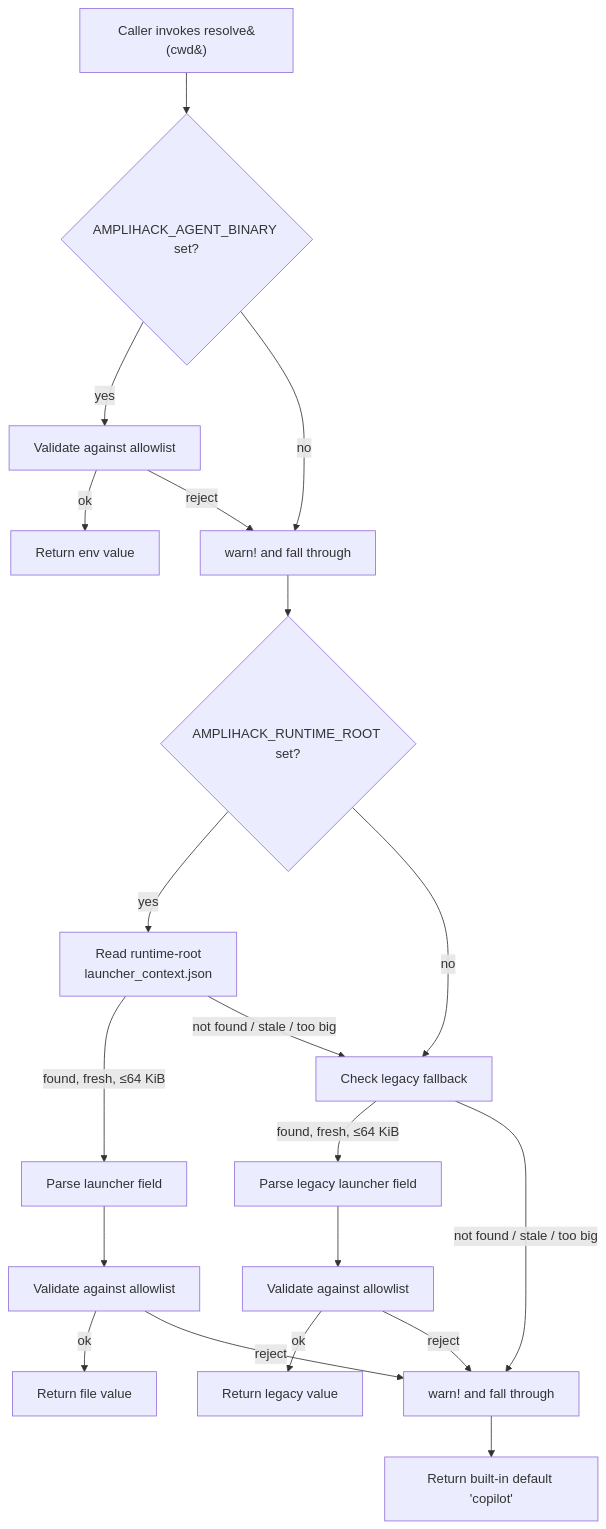
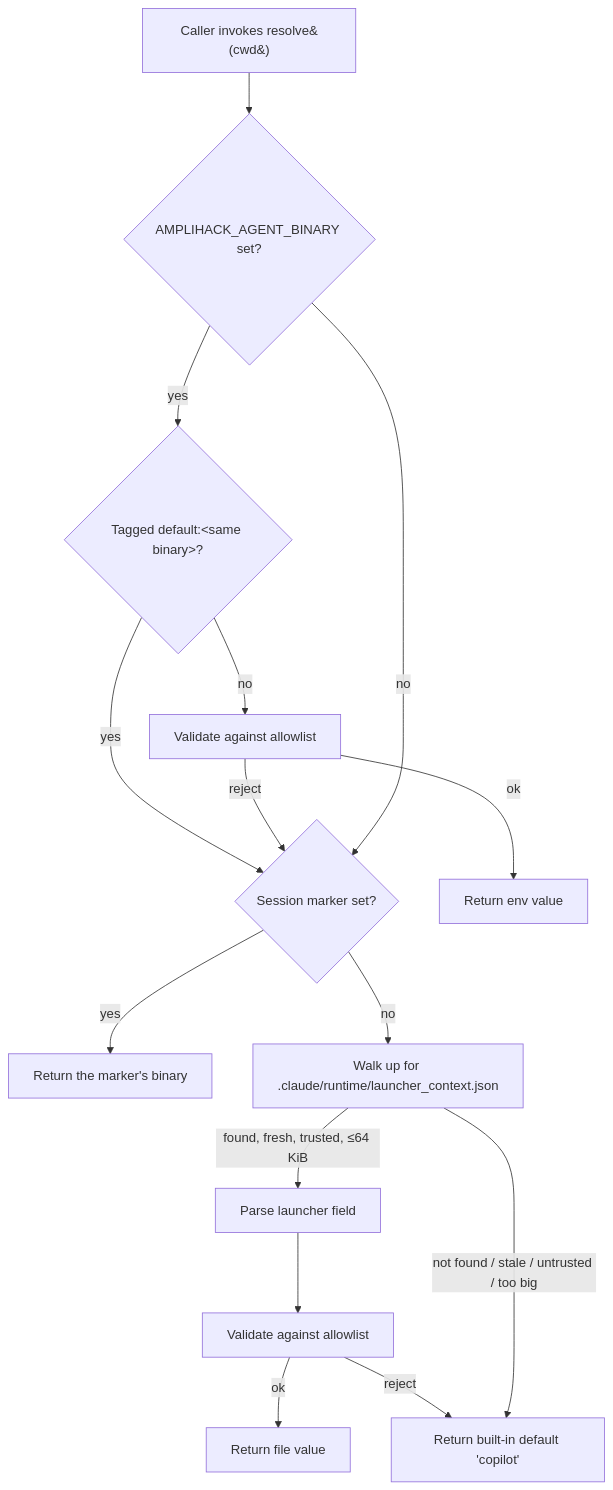
One commit to rysweet/amplihack-rs changed the first of 2 diagrams in docs/concepts/agent-binary-routing.md. Above: the diagram before and after it, drawn with Mermaid. The commit also changed other lines of this file and 6 other files, not shown here.

````diff
--- a/docs/concepts/agent-binary-routing.md
+++ b/docs/concepts/agent-binary-routing.md
@@ -50,22 +54,17 @@
 ```mermaid
 flowchart TD
     A[Caller invokes resolve&#40;cwd&#41;] --> B{AMPLIHACK_AGENT_BINARY set?}
-    B -- yes --> V1[Validate against allowlist]
+    B -- yes --> T{Tagged default:&lt;same binary&gt;?}
+    T -- yes --> M
+    T -- no --> V1[Validate against allowlist]
     V1 -- ok --> R1[Return env value]
-    V1 -- reject --> W1[warn! and fall through]
-    B -- no --> W1
-    W1 --> C{AMPLIHACK_RUNTIME_ROOT set?}
-    C -- yes --> F1[Read runtime-root<br/>launcher_context.json]
-    C -- no --> L1[Check legacy fallback]
-    F1 -- found, fresh, ≤64 KiB --> P[Parse launcher field]
+    V1 -- reject --> M
+    B -- no --> M{Session marker set?}
+    M -- yes --> R2[Return the marker's binary]
+    M -- no --> L1[Walk up for .claude/runtime/launcher_context.json]
+    L1 -- found, fresh, trusted, ≤64 KiB --> P[Parse launcher field]
     P --> V2[Validate against allowlist]
-    V2 -- ok --> R2[Return file value]
-    V2 -- reject --> W2[warn! and fall through]
-    F1 -- not found / stale / too big --> L1[Check legacy fallback]
-    L1 -- found, fresh, ≤64 KiB --> P2[Parse legacy launcher field]
-    P2 --> V3[Validate against allowlist]
-    V3 -- ok --> R3[Return legacy value]
-    V3 -- reject --> W2[warn! and fall through]
-    L1 -- not found / stale / too big --> W2
-    W2 --> D[Return built-in default 'copilot']
+    V2 -- ok --> R3[Return file value]
+    V2 -- reject --> D
+    L1 -- not found / stale / untrusted / too big --> D[Return built-in default 'copilot']
 ```
````
